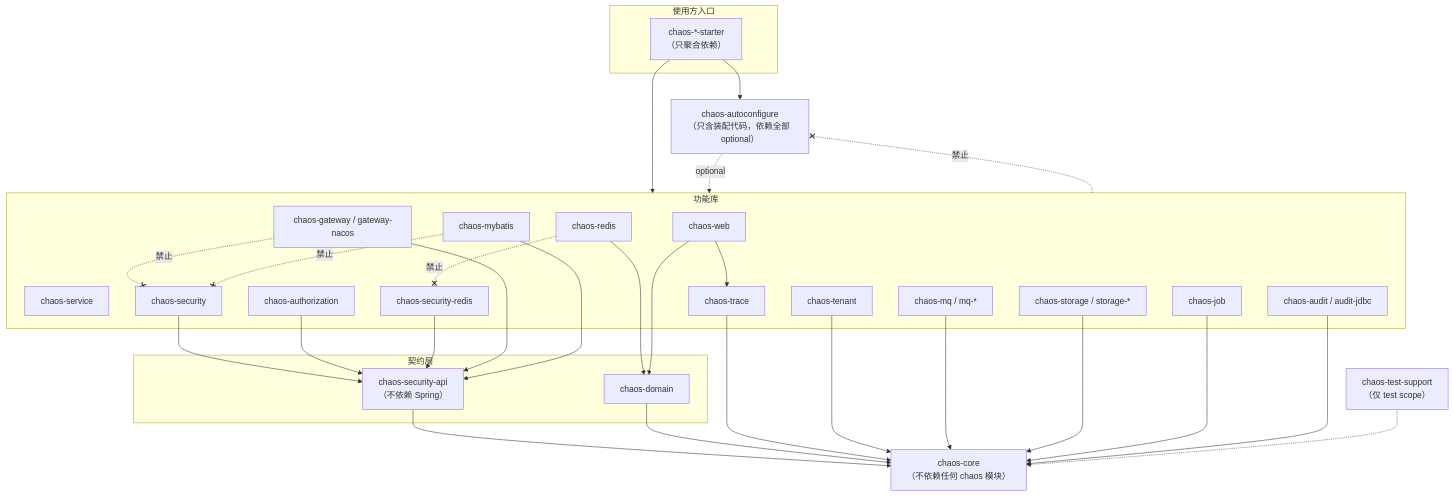
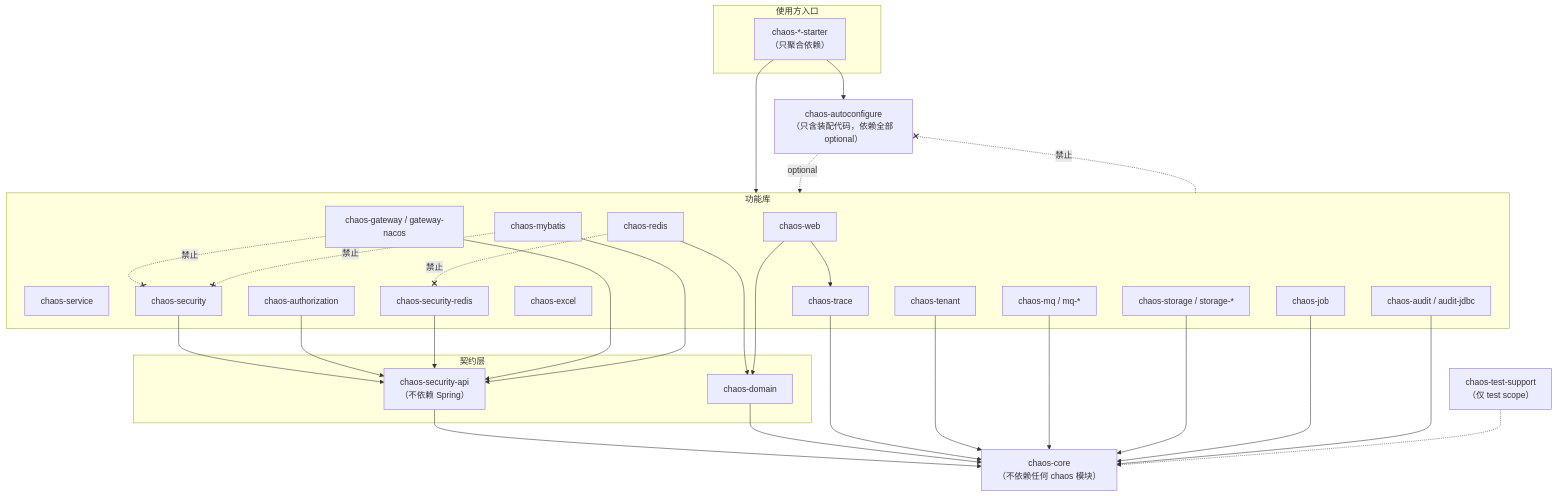
The diagram in chaos-docs/src/main/resources/docs/architecture.md (zhongjinpeng/chaos-framework), drawn with Mermaid before and after one commit. The commit also changed other lines of this file and 36 other files, not shown here.

````diff
--- a/chaos-docs/src/main/resources/docs/architecture.md
+++ b/chaos-docs/src/main/resources/docs/architecture.md
@@ -65,55 +66,56 @@
 ```mermaid
 flowchart TB
     subgraph entry["使用方入口"]
         starters["chaos-*-starter<br/>（只聚合依赖）"]
     end
     autoconfigure["chaos-autoconfigure<br/>（只含装配代码，依赖全部 optional）"]
     subgraph features["功能库"]
         web["chaos-web"]
         service["chaos-service"]
         security["chaos-security"]
         authorization["chaos-authorization"]
         securityRedis["chaos-security-redis"]
         gateway["chaos-gateway / gateway-nacos"]
         mybatis["chaos-mybatis"]
         redis["chaos-redis"]
+        excel["chaos-excel"]
         mq["chaos-mq / mq-*"]
         storage["chaos-storage / storage-*"]
         job["chaos-job"]
         audit["chaos-audit / audit-jdbc"]
         tenant["chaos-tenant"]
         trace["chaos-trace"]
     end
     subgraph contracts["契约层"]
         securityApi["chaos-security-api<br/>（不依赖 Spring）"]
         domain["chaos-domain"]
     end
     core["chaos-core<br/>（不依赖任何 chaos 模块）"]
     testSupport["chaos-test-support<br/>（仅 test scope）"]
 
     starters --> autoconfigure
     starters --> features
     autoconfigure -. optional .-> features
     security --> securityApi
     authorization --> securityApi
     securityRedis --> securityApi
     gateway --> securityApi
     mybatis --> securityApi
     redis --> domain
     web --> trace
     web --> domain
     securityApi --> core
     domain --> core
     trace --> core
     tenant --> core
     mq --> core
     storage --> core
     job --> core
     audit --> core
     testSupport -.-> core
 
     gateway -. 禁止 .-x security
     mybatis -. 禁止 .-x security
     redis -. 禁止 .-x securityRedis
     features -. 禁止 .-x autoconfigure
 ```
````
